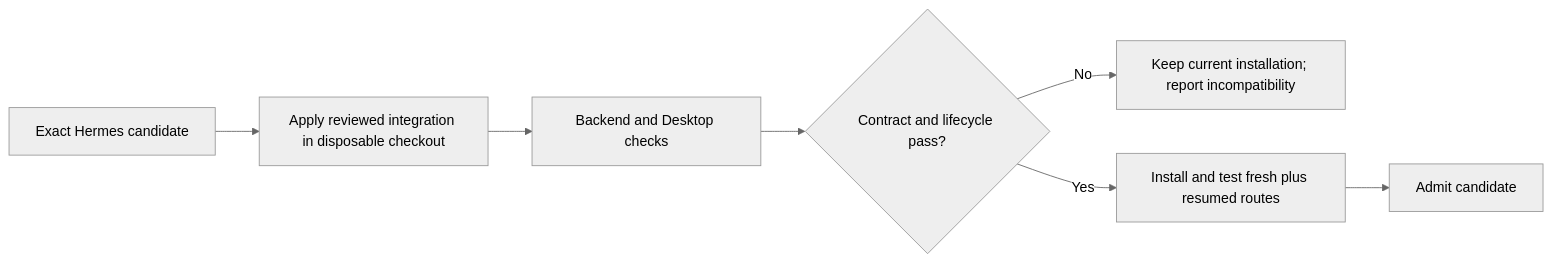
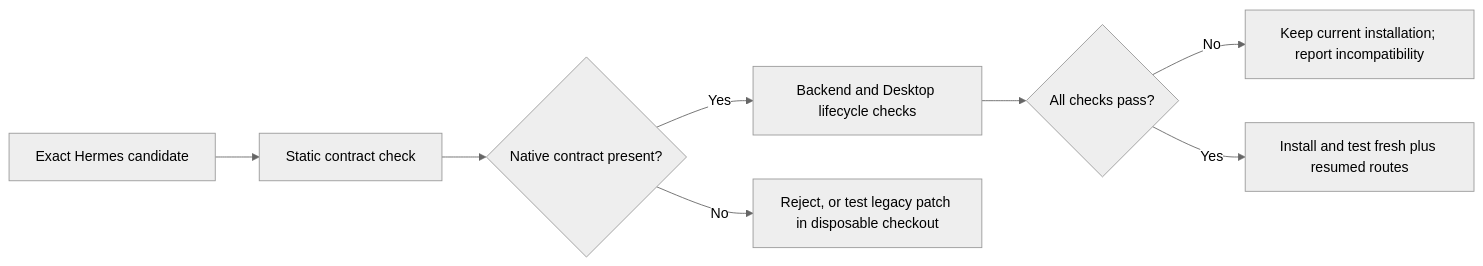
The diagram in docs/update-compatibility.md (PraveenKumarSridhar/jevgauge), drawn with Mermaid (neutral theme) before and after one commit. The commit also changed other lines of this file and 18 other files, not shown here.

Commit message:
Migrate Jev routing to native Hermes contract

````diff
--- a/docs/update-compatibility.md
+++ b/docs/update-compatibility.md
@@ -5,9 +5,10 @@
 ```mermaid
 flowchart LR
-    A[Exact Hermes candidate] --> B[Apply reviewed integration in disposable checkout]
-    B --> C[Backend and Desktop checks]
-    C --> D{Contract and lifecycle pass?}
-    D -- No --> E[Keep current installation; report incompatibility]
-    D -- Yes --> F[Install and test fresh plus resumed routes]
-    F --> G[Admit candidate]
+    A[Exact Hermes candidate] --> B[Static contract check]
+    B --> C{Native contract present?}
+    C -- Yes --> D[Backend and Desktop lifecycle checks]
+    C -- No --> E[Reject, or test legacy patch in disposable checkout]
+    D --> F{All checks pass?}
+    F -- No --> G[Keep current installation; report incompatibility]
+    F -- Yes --> H[Install and test fresh plus resumed routes]
 ```
````
